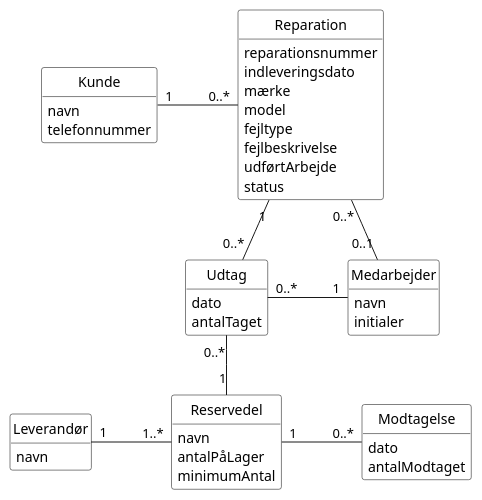
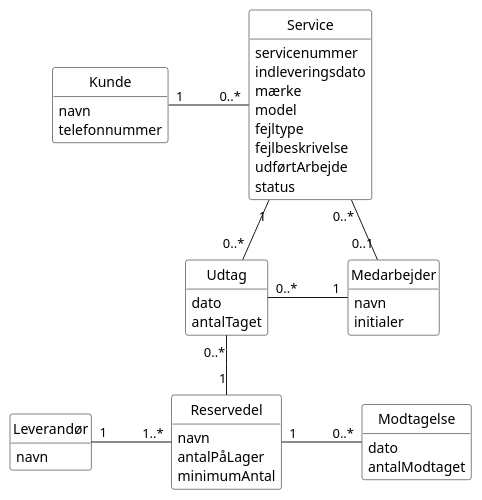
One commit to Zoabz/Getting-Real changed the diagram in 2. Domæne Model/domænemodel.puml. Above: the diagram before and after it, drawn with PlantUML.

Commit message:
domæne model

```diff
--- a/2. Domæne Model/domænemodel.puml
+++ b/2. Domæne Model/domænemodel.puml
@@ -1,64 +1,64 @@
 @startuml
 ' Samme model som domænemodel.png / domænemodel.drawio
 skinparam monochrome true
 skinparam shadowing false
 skinparam nodesep 80
 skinparam ranksep 60
 skinparam backgroundColor white
 skinparam classAttributeIconSize 0
 skinparam class {
   BackgroundColor white
   BorderColor black
 }
 hide circle
 hide methods
 
 class Kunde {
   navn
   telefonnummer
 }
 
-class Reparation {
-  reparationsnummer
+class Service {
+  servicenummer
   indleveringsdato
   mærke
   model
   fejltype
   fejlbeskrivelse
   udførtArbejde
   status
 }
 
 class Medarbejder {
   navn
   initialer
 }
 
 class Udtag {
   dato
   antalTaget
 }
 
 class Reservedel {
   navn
   antalPåLager
   minimumAntal
 }
 
 class Leverandør {
   navn
 }
 
 class Modtagelse {
   dato
   antalModtaget
 }
 
-Kunde "1" -right- "0..*" Reparation
-Reparation "0..*" -right- "0..1" Medarbejder
-Reparation "1" -down- "0..*" Udtag
+Kunde "1" -right- "0..*" Service
+Service "0..*" -right- "0..1" Medarbejder
+Service "1" -down- "0..*" Udtag
 Udtag "0..*" -right- "1" Medarbejder
 Udtag "0..*" -down- "1" Reservedel
 Leverandør "1" -right- "1..*" Reservedel
 Reservedel "1" -right- "0..*" Modtagelse
 @enduml
```
